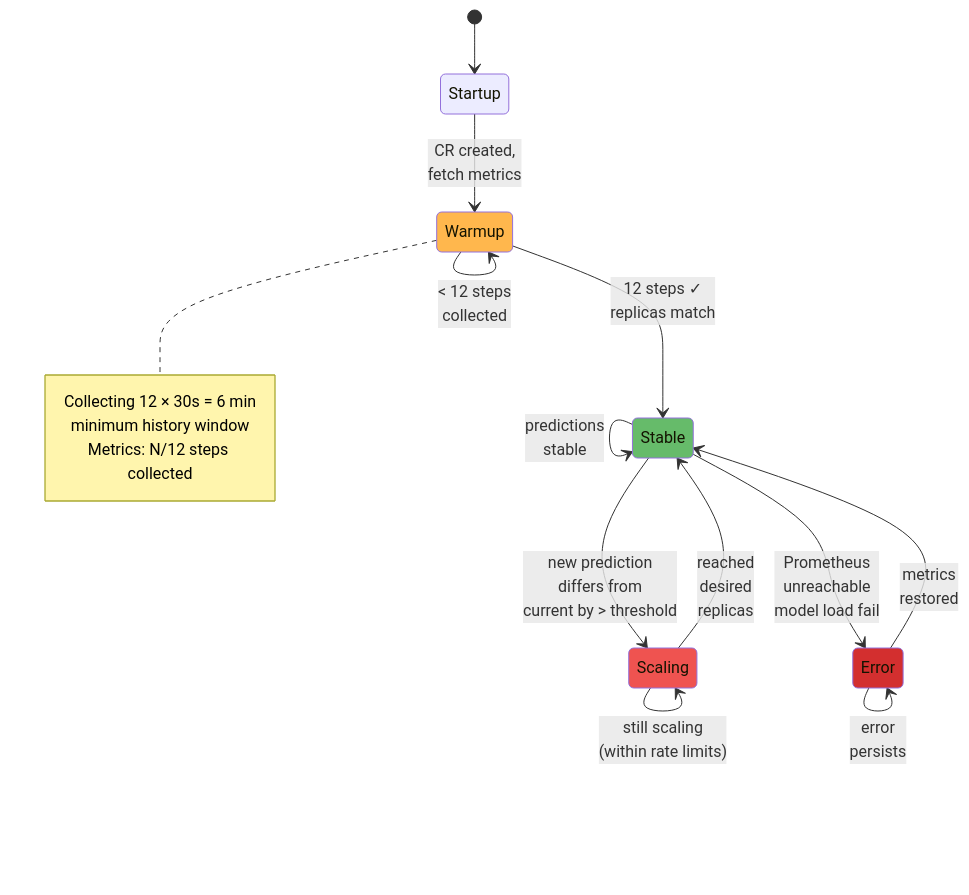
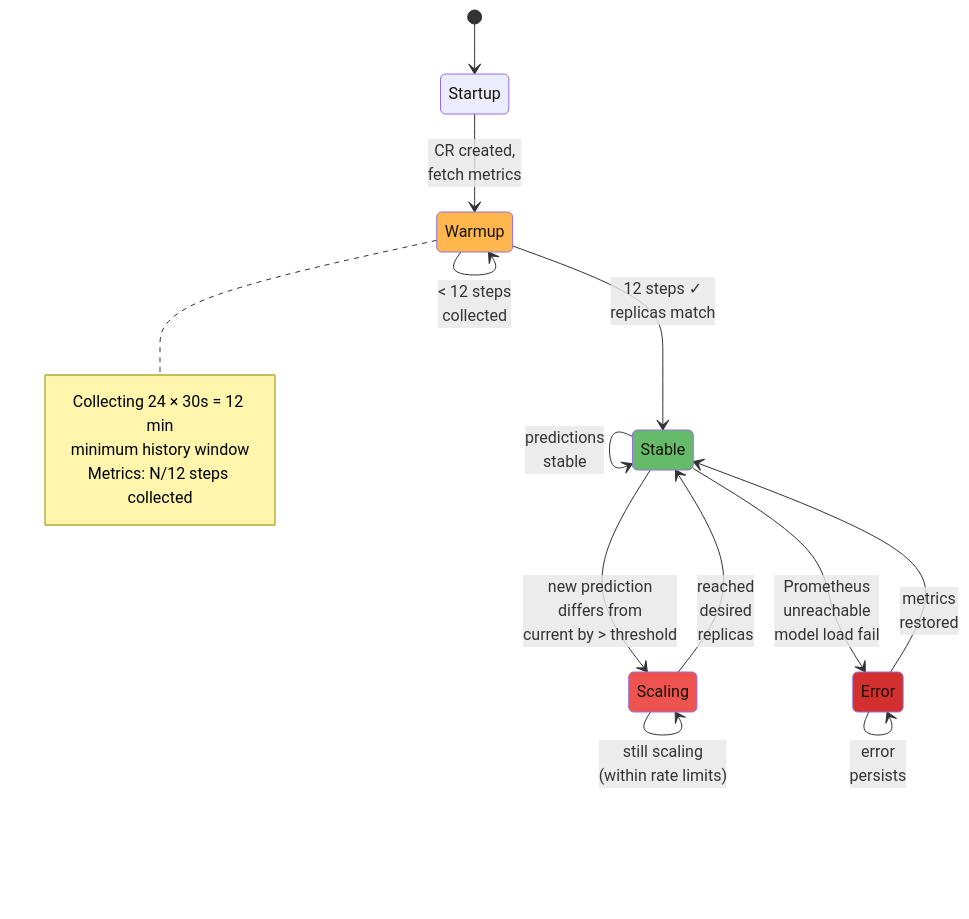
Before and after one commit to VatsalUmrania/predictive_pod_autoscaler: the seventh of 9 diagrams in docs/operator/architecture.md, drawn with Mermaid. The commit also changed other lines of this file and 26 other files, not shown here.

````diff
--- a/docs/operator/architecture.md
+++ b/docs/operator/architecture.md
@@ -305,34 +305,34 @@
 ```mermaid
 stateDiagram-v2
     [*] --> Startup
     
     Startup --> Warmup: CR created,<br/>fetch metrics
     
     Warmup --> Warmup: < 12 steps<br/>collected
     note right of Warmup
-        Collecting 12 × 30s = 6 min
+        Collecting 24 × 30s = 12 min
         minimum history window
         Metrics: N/12 steps collected
     end note
     
     Warmup --> Stable: 12 steps ✓<br/>replicas match
     
     Stable --> Stable: predictions<br/>stable
     
     Stable --> Scaling: new prediction<br/>differs from<br/>current by > threshold
     
     Scaling --> Scaling: still scaling<br/>(within rate limits)
     
     Scaling --> Stable: reached<br/>desired<br/>replicas
     
     Stable --> Error: Prometheus<br/>unreachable<br/>model load fail
     
     Error --> Stable: metrics<br/>restored
     
     Error --> Error: error<br/>persists
     
     style Warmup fill:#ffb74d
     style Stable fill:#66bb6a
     style Scaling fill:#ef5350
     style Error fill:#d32f2f
 ```
````
